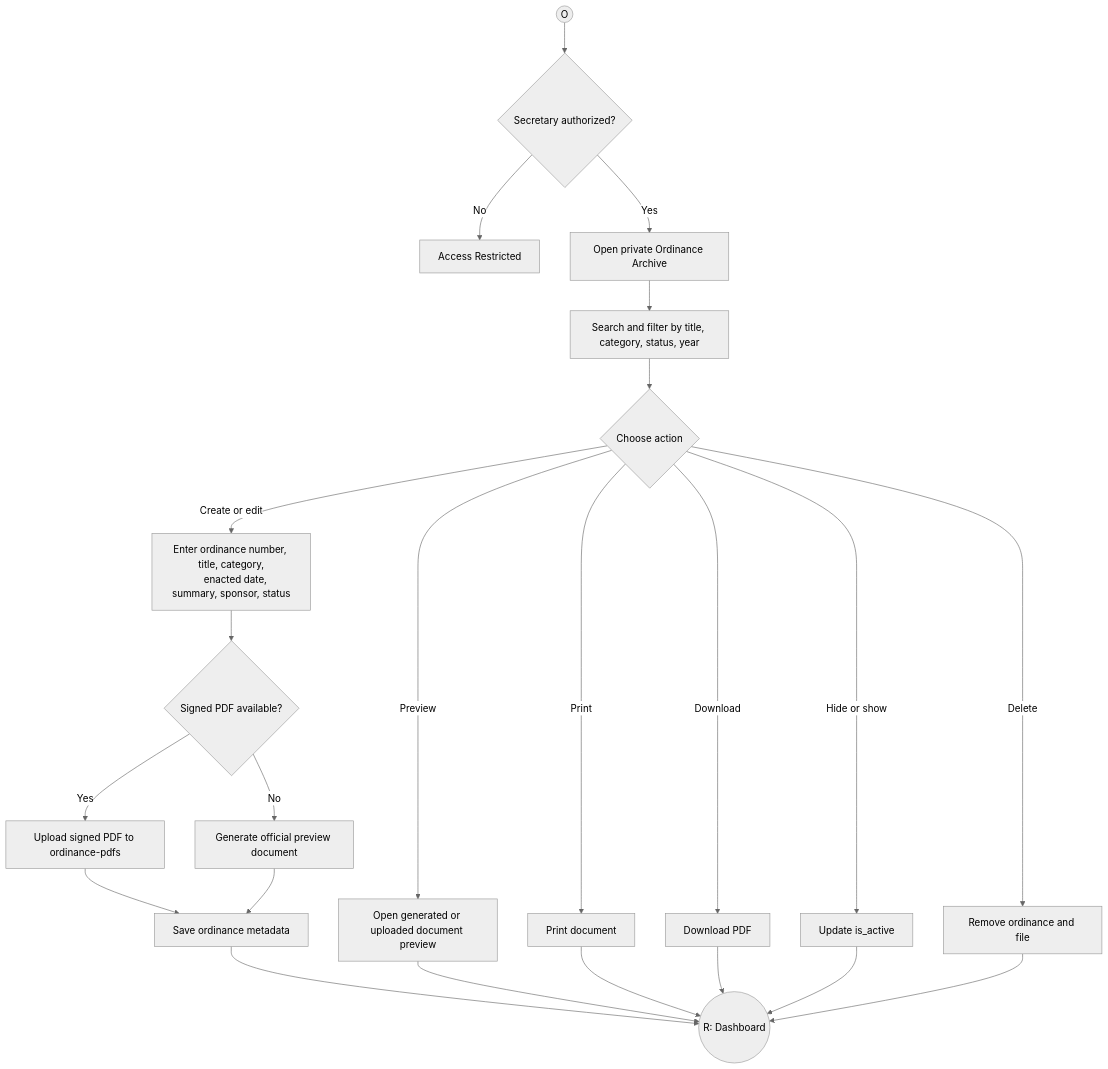
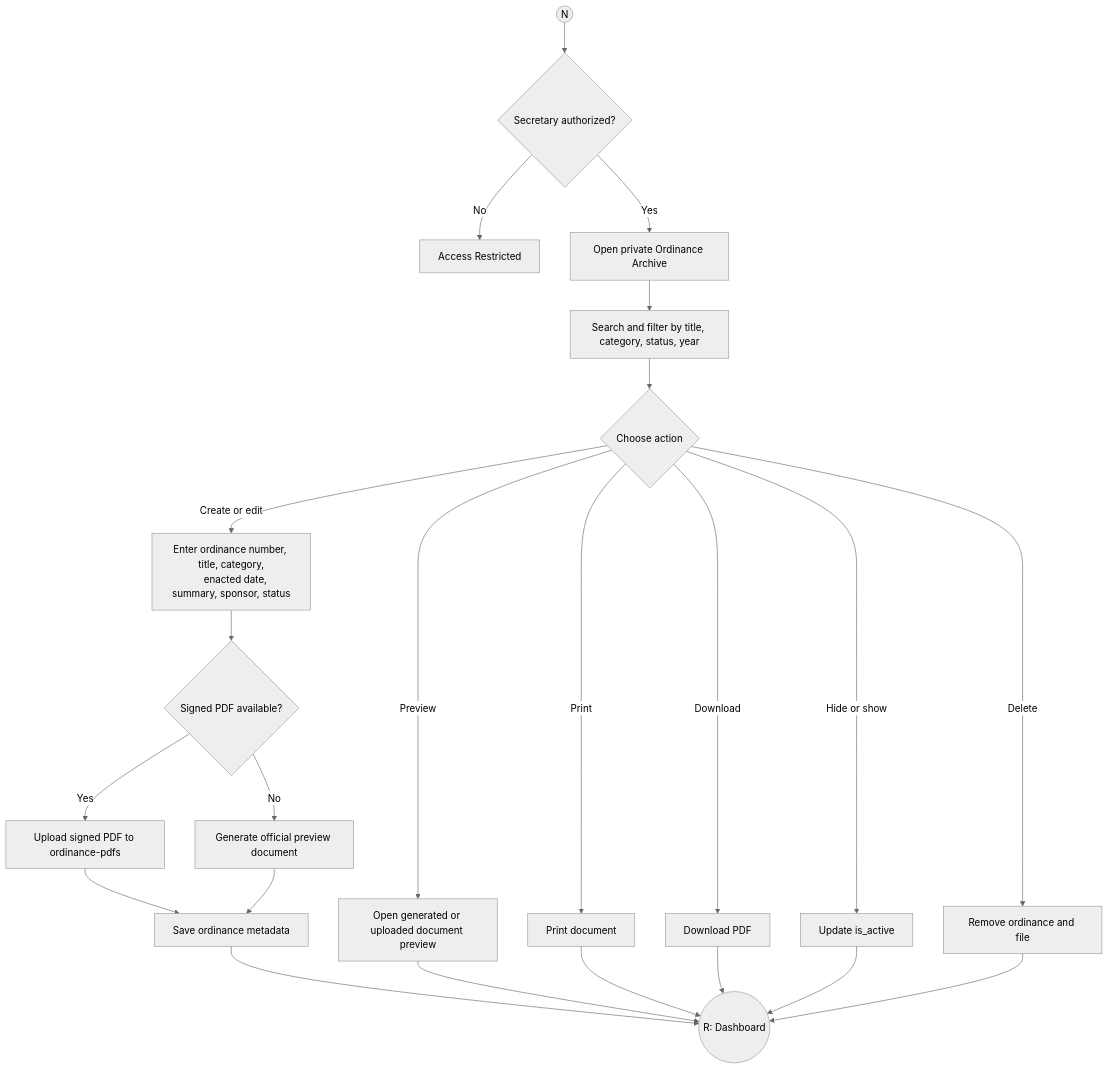
The diagram in diagrams/modules/ordinance_archive.mmd (KellyEspera/protect), drawn with Mermaid (neutral theme) before and after one commit. The commit also changed 7 other files, not shown here.

```diff
--- a/diagrams/modules/ordinance_archive.mmd
+++ b/diagrams/modules/ordinance_archive.mmd
@@ -1,27 +1,27 @@
 flowchart TD
-    O((O)) --> Access{Secretary authorized?}
+    N((N)) --> Access{Secretary authorized?}
     Access -- No --> Denied[Access Restricted]
     Access -- Yes --> Archive[Open private Ordinance Archive]
     Archive --> Filter[Search and filter by title, category, status, year]
     Filter --> Action{Choose action}
 
     Action -- Create or edit --> Metadata[Enter ordinance number, title, category,
     enacted date, summary, sponsor, status]
     Metadata --> File{Signed PDF available?}
     File -- Yes --> Upload[Upload signed PDF to ordinance-pdfs]
     File -- No --> Generated[Generate official preview document]
     Upload --> Save[Save ordinance metadata]
     Generated --> Save
 
     Action -- Preview --> Preview[Open generated or uploaded document preview]
     Action -- Print --> Print[Print document]
     Action -- Download --> Download[Download PDF]
     Action -- Hide or show --> Toggle[Update is_active]
     Action -- Delete --> Delete[Remove ordinance and file]
 
     Save --> R((R: Dashboard))
     Preview --> R
     Print --> R
     Download --> R
     Toggle --> R
     Delete --> R
```
